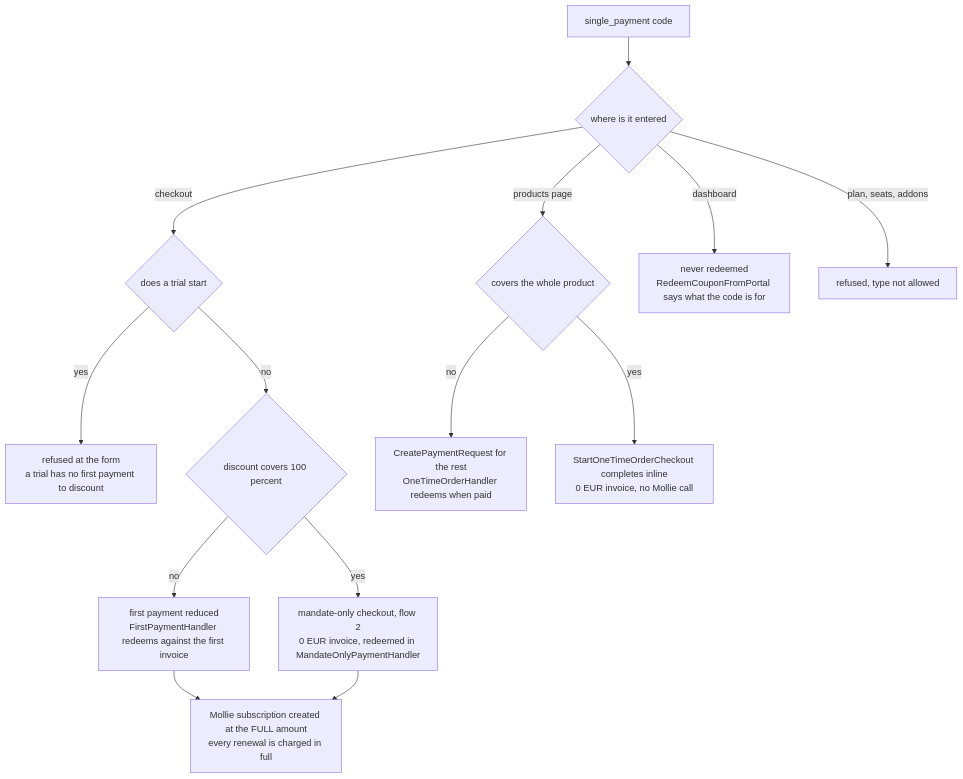
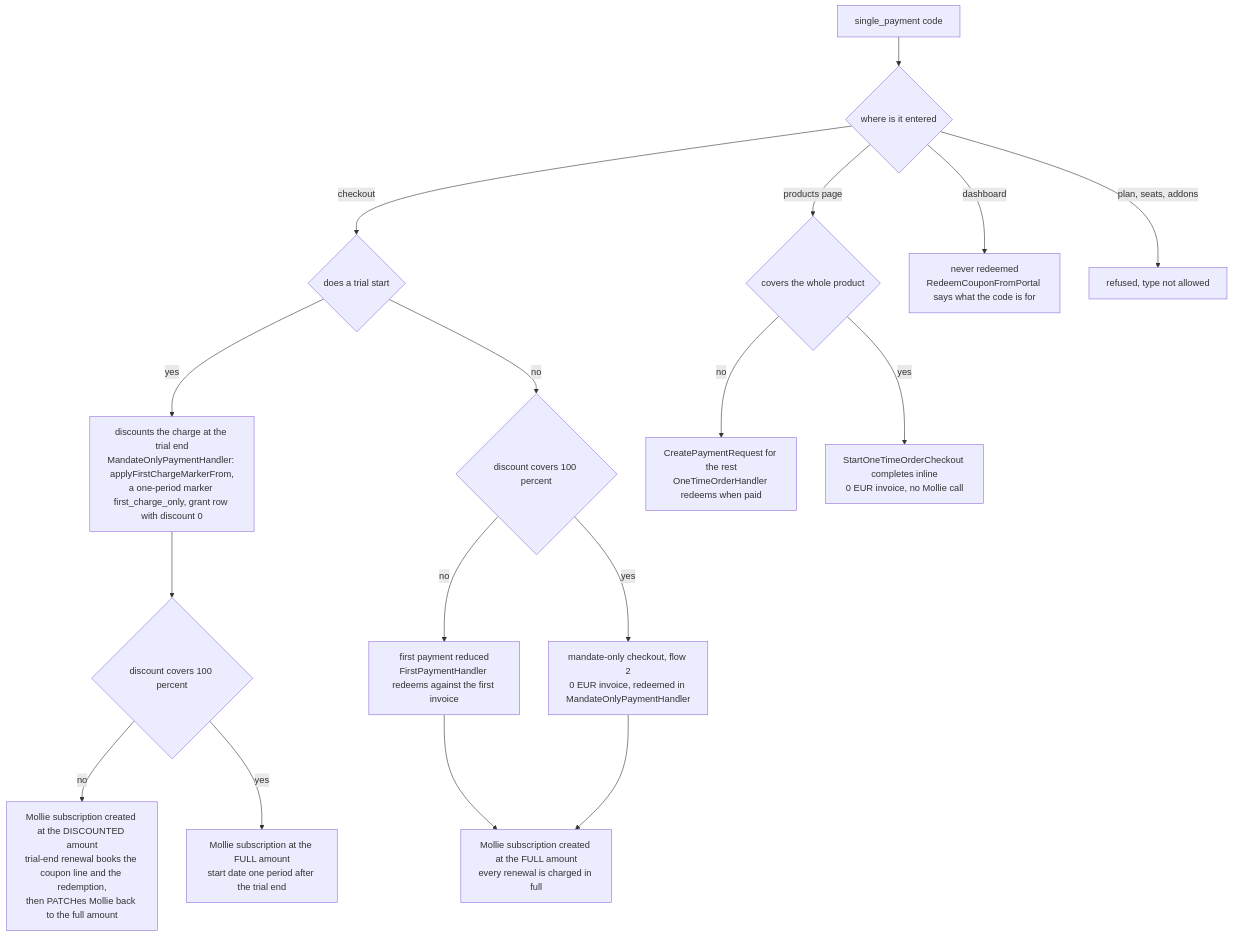
The fifth of 28 diagrams in docs/flows.md (GraystackIT/laravel-mollie-billing), drawn with Mermaid before and after one commit. The commit also changed other lines of this file and 20 other files, not shown here.

First line of the commit message:
fix(coupons): Accept first-payment coupons on trial signups

````diff
--- a/docs/flows.md
+++ b/docs/flows.md
@@ -365,16 +368,19 @@
 ```mermaid
 flowchart TD
     A["single_payment code"] --> B{"where is it entered"}
     B -->|"checkout"| C{"does a trial start"}
-    C -->|"yes"| D["refused at the form<br/>a trial has no first payment to discount"]
+    C -->|"yes"| D["discounts the charge at the trial end<br/>MandateOnlyPaymentHandler: applyFirstChargeMarkerFrom,<br/>a one-period marker first_charge_only, grant row with discount 0"]
+    D --> D2{"discount covers 100 percent"}
+    D2 -->|"no"| D3["Mollie subscription created at the DISCOUNTED amount<br/>trial-end renewal books the coupon line and the redemption,<br/>then PATCHes Mollie back to the full amount"]
+    D2 -->|"yes"| D4["Mollie subscription at the FULL amount<br/>start date one period after the trial end"]
     C -->|"no"| E{"discount covers 100 percent"}
     E -->|"no"| F["first payment reduced<br/>FirstPaymentHandler redeems against the first invoice"]
     E -->|"yes"| G["mandate-only checkout, flow 2<br/>0 EUR invoice, redeemed in MandateOnlyPaymentHandler"]
     F --> H["Mollie subscription created at the FULL amount<br/>every renewal is charged in full"]
     G --> H
     B -->|"products page"| I{"covers the whole product"}
     I -->|"no"| J["CreatePaymentRequest for the rest<br/>OneTimeOrderHandler redeems when paid"]
     I -->|"yes"| K["StartOneTimeOrderCheckout completes inline<br/>0 EUR invoice, no Mollie call"]
     B -->|"dashboard"| L["never redeemed<br/>RedeemCouponFromPortal says what the code is for"]
     B -->|"plan, seats, addons"| M["refused, type not allowed"]
 ```
````
